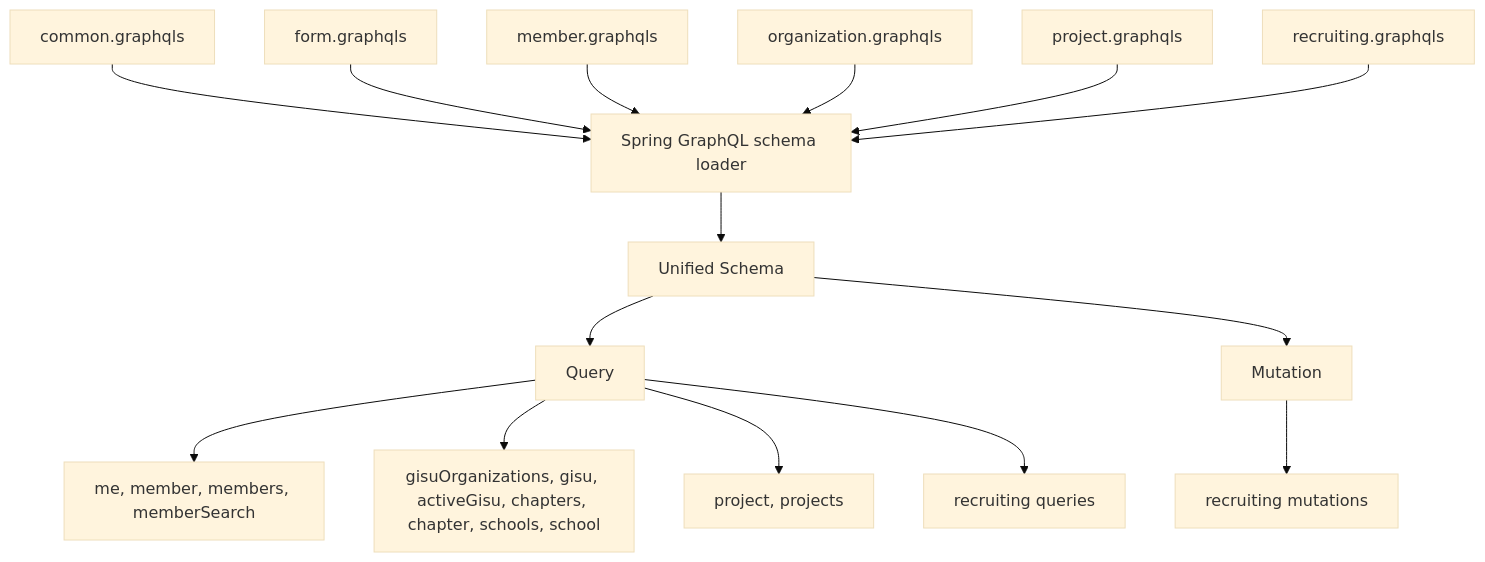
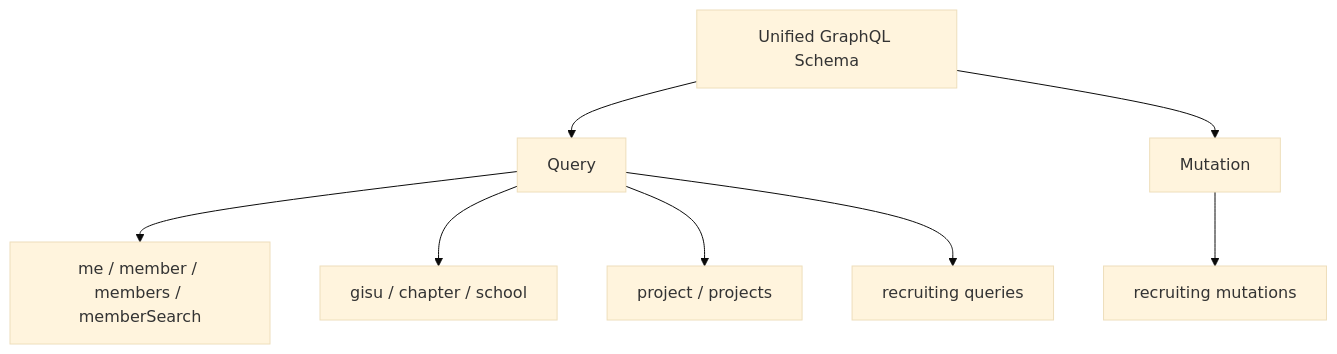
Before and after one commit to UMC-PRODUCT/cygnus-server: the first of 2 diagrams in docs/graphql-schema.md, drawn with Mermaid (base theme). The commit also changed other lines of this file and 37 other files, not shown here.

Commit message:
refactor: GraphQL 도메인 IDL 경계 분리

````diff
--- a/docs/graphql-schema.md
+++ b/docs/graphql-schema.md
@@ -15,17 +9,10 @@
 ```mermaid
 flowchart TD
-  Common["common.graphqls"] --> Loader["Spring GraphQL schema loader"]
-  FormFile["form.graphqls"] --> Loader
-  MemberFile["member.graphqls"] --> Loader
-  OrganizationFile["organization.graphqls"] --> Loader
-  ProjectFile["project.graphqls"] --> Loader
-  RecruitingFile["recruiting.graphqls"] --> Loader
-  Loader --> Schema["Unified Schema"]
-  Schema --> Query["Query"]
-  Schema --> Mutation["Mutation"]
-  Query --> MemberQuery["me, member, members, memberSearch"]
-  Query --> OrganizationQuery["gisuOrganizations, gisu, activeGisu, chapters, chapter, schools, school"]
-  Query --> ProjectQuery["project, projects"]
-  Query --> RecruitingQuery["recruiting queries"]
+  Schema["Unified GraphQL Schema"] --> Query
+  Schema --> Mutation
+  Query --> Member["me / member / members / memberSearch"]
+  Query --> Organization["gisu / chapter / school"]
+  Query --> Project["project / projects"]
+  Query --> Recruiting["recruiting queries"]
   Mutation --> RecruitingMutation["recruiting mutations"]
 ```
````
